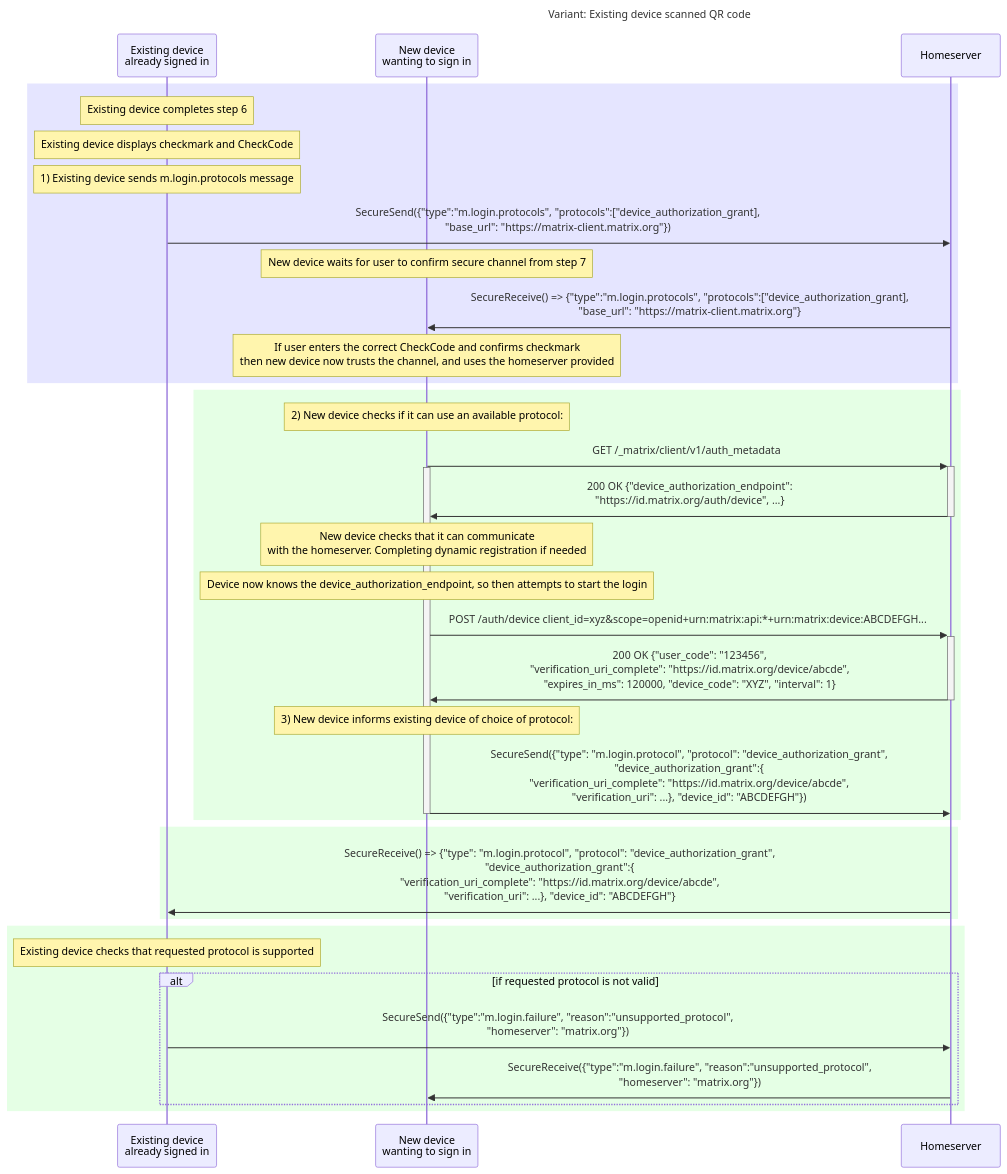
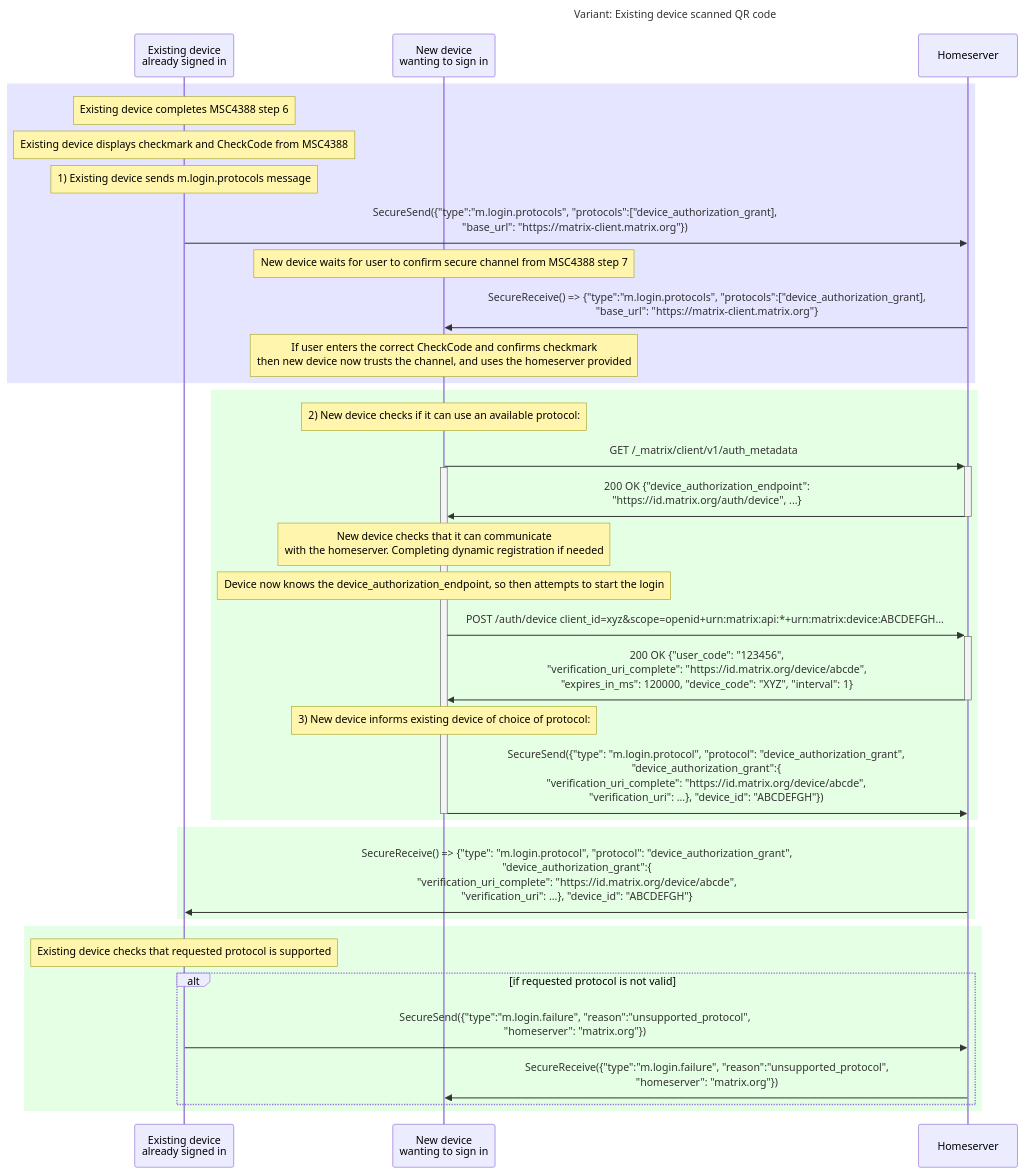
The third of 5 diagrams in proposals/4108-oidc-qr-login.md (matrix-org/matrix-spec-proposals), drawn with Mermaid before and after one commit. The commit also changed other lines of this file, not shown here.

Commit message:
Split secure channel into MSC4388 + add intro diagram

````diff
--- a/proposals/4108-oidc-qr-login.md
+++ b/proposals/4108-oidc-qr-login.md
@@ -1015,62 +288,62 @@
 ```mermaid
 sequenceDiagram
     title: Variant: Existing device scanned QR code
     participant E as Existing device <br>already signed in
     participant N as New device <br>wanting to sign in
     participant HS as Homeserver
 
 
     #alt if New device scanned QR code
     #    note over N: New device completes checks from secure channel establishment step 6 - it now trusts the channel
     #    note over N: 1) New device got server base URL from the QR code
 
     rect rgba(0,0,255, 0.1)
     #else if Existing device scanned QR code
-        note over E: Existing device completes step 6
-        note over E: Existing device displays checkmark and CheckCode
+        note over E: Existing device completes MSC4388 step 6
+        note over E: Existing device displays checkmark and CheckCode from MSC4388
         note over E: 1) Existing device sends m.login.protocols message
         E->>HS: SecureSend({"type":"m.login.protocols", "protocols":["device_authorization_grant],<br> "base_url": "https://matrix-client.matrix.org"})
-        note over N: New device waits for user to confirm secure channel from step 7
+        note over N: New device waits for user to confirm secure channel from MSC4388 step 7
         HS->>N: SecureReceive() => {"type":"m.login.protocols", "protocols":["device_authorization_grant],<br> "base_url": "https://matrix-client.matrix.org"}
         note over N: If user enters the correct CheckCode and confirms checkmark<br>then new device now trusts the channel, and uses the homeserver provided
     end
 
 
     rect rgba(0,255,0, 0.1)
     note over N: 2) New device checks if it can use an available protocol:
         N->>+HS: GET /_matrix/client/v1/auth_metadata
     activate N
         HS->>-N: 200 OK {"device_authorization_endpoint":<br> "https://id.matrix.org/auth/device", ...}
         Note over N: New device checks that it can communicate<br> with the homeserver. Completing dynamic registration if needed
         Note over N: Device now knows the device_authorization_endpoint, so then attempts to start the login
         N->>+HS: POST /auth/device client_id=xyz&scope=openid+urn:matrix:api:*+urn:matrix:device:ABCDEFGH...
         HS->>-N: 200 OK {"user_code": "123456",<br>"verification_uri_complete": "https://id.matrix.org/device/abcde",<br>"expires_in_ms": 120000, "device_code": "XYZ", "interval": 1}
         note over N: 3) New device informs existing device of choice of protocol:
         N->>HS: SecureSend({"type": "m.login.protocol", "protocol": "device_authorization_grant",<br> "device_authorization_grant":{<br>"verification_uri_complete": "https://id.matrix.org/device/abcde",<br>"verification_uri": ...}, "device_id": "ABCDEFGH"})
 
     deactivate N
     end
 
     # alt if New device scanned QR code
     #    note over N: New device displays checkmark and CheckCode
     #    note over E: Existing device waits for user to enter CheckCode<br>and confirm secure channel from step 7
     #end
 
     rect rgba(0,255,0, 0.1)
         HS->>E: SecureReceive() => {"type": "m.login.protocol", "protocol": "device_authorization_grant",<br> "device_authorization_grant":{<br>"verification_uri_complete": "https://id.matrix.org/device/abcde",<br>"verification_uri": ...}, "device_id": "ABCDEFGH"}
     end
 
     # alt if New device scanned QR code
     #    note over E: If user entered correct CheckCode<br>and confirms checkmark then existing device now trusts the channel
     #end
 
 
     rect rgba(0,255,0, 0.1)
     note over E: Existing device checks that requested protocol is supported
 
     alt if requested protocol is not valid
         E->>HS: SecureSend({"type":"m.login.failure", "reason":"unsupported_protocol",<br>"homeserver": "matrix.org"})
         HS->>N: SecureReceive({"type":"m.login.failure", "reason":"unsupported_protocol",<br>"homeserver": "matrix.org"})
     end
     end
 ```
````
